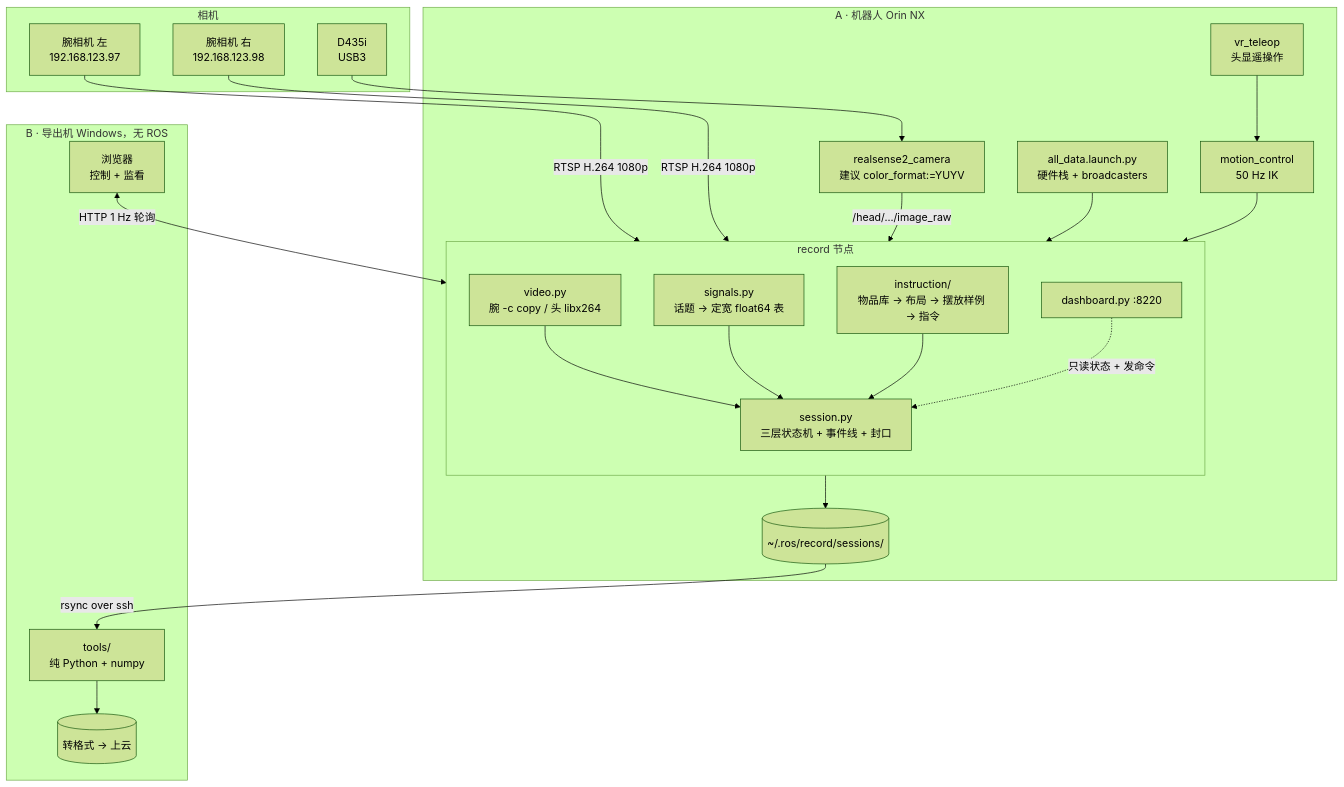
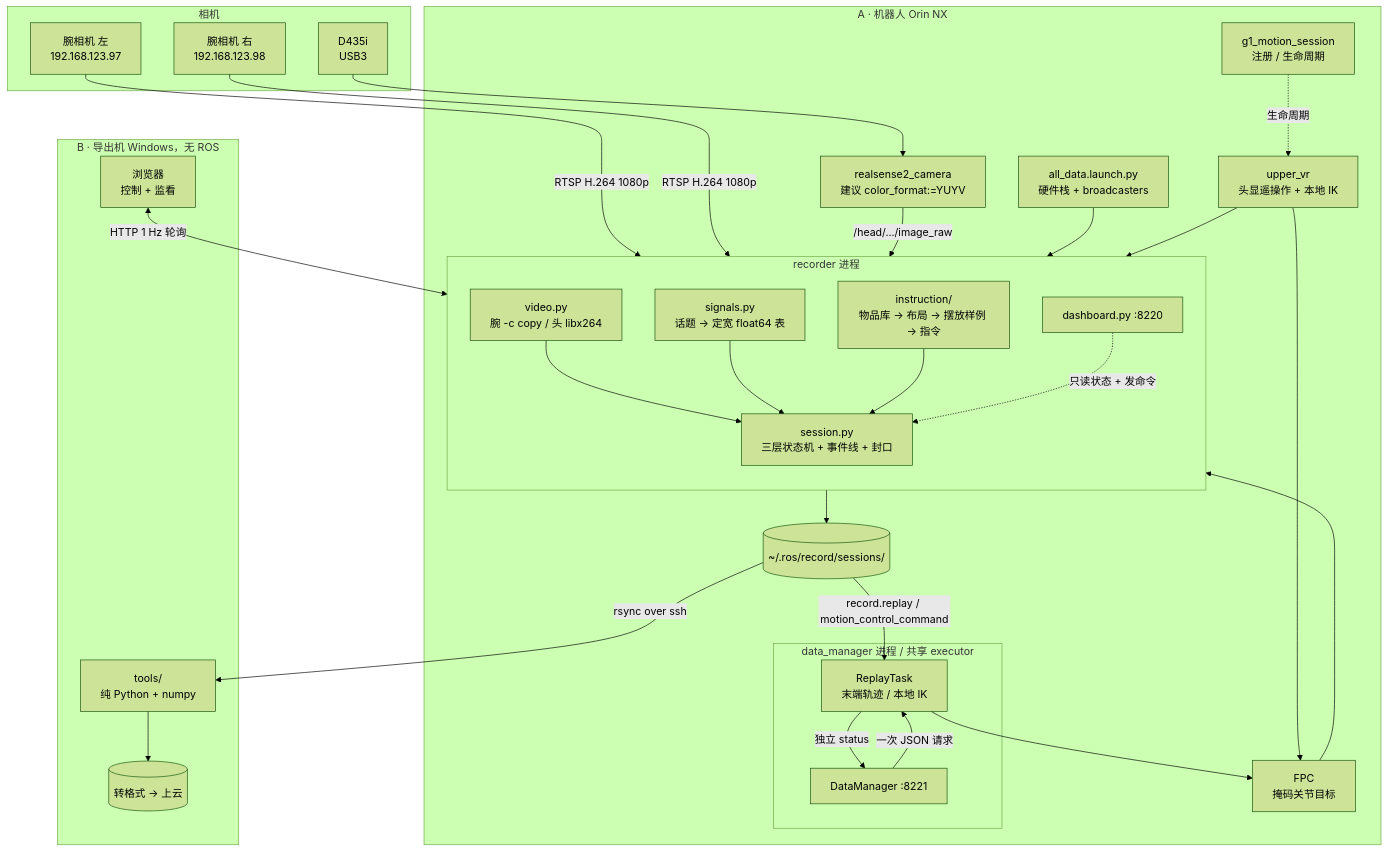
Before and after one commit to yizhongzhang1989/Unitree_G1_Workspace: the diagram in src/record/README.md, drawn with Mermaid (forest theme). The commit also changed other lines of this file and 378 other files, not shown here.

````diff
--- a/src/record/README.md
+++ b/src/record/README.md
@@ -10,40 +9,49 @@
 ```mermaid
 flowchart TB
   subgraph CAM["相机"]
     WL["腕相机 左<br/>192.168.123.97"]
     WR["腕相机 右<br/>192.168.123.98"]
     HD["D435i<br/>USB3"]
   end
 
   subgraph A["A · 机器人 Orin NX"]
     RS["realsense2_camera<br/>建议 color_format:=YUYV"]
-    MC["motion_control<br/>50 Hz IK"]
-    VR["vr_teleop<br/>头显遥操作"]
+    SESSION["g1_motion_session<br/>注册 / 生命周期"]
+    VR["upper_vr<br/>头显遥操作 + 本地 IK"]
+    FPC["FPC<br/>掩码关节目标"]
     HW["all_data.launch.py<br/>硬件栈 + broadcasters"]
 
-    subgraph REC["record 节点"]
+    subgraph REC["recorder 进程"]
       direction TB
       VID["video.py<br/>腕 -c copy / 头 libx264"]
       SIG["signals.py<br/>话题 → 定宽 float64 表"]
       SES["session.py<br/>三层状态机 + 事件线 + 封口"]
       INS["instruction/<br/>物品库 → 布局 → 摆放样例 → 指令"]
       DASH["dashboard.py :8220"]
+    end
+    subgraph DATA_PROCESS["data_manager 进程 / 共享 executor"]
+      DATA["DataManager :8221"]
+      REPLAY["ReplayTask<br/>末端轨迹 / 本地 IK"]
     end
     DISK[("~/.ros/record/sessions/")]
   end
 
   subgraph B["B · 导出机 Windows，无 ROS"]
     BROW["浏览器<br/>控制 + 监看"]
     TOOLS["tools/<br/>纯 Python + numpy"]
     CLOUD[("转格式 → 上云")]
   end
 
   WL & WR -->|"RTSP H.264 1080p"| VID
   HD --> RS -->|"/head/.../image_raw"| VID
-  HW & MC --> SIG
-  VR --> MC
+  HW & VR & FPC --> SIG
+  SESSION -.->|"生命周期"| VR
+  DATA -->|"一次 JSON 请求"| REPLAY
+  REPLAY -->|"独立 status"| DATA
+  DISK -->|"record.replay / motion_control_command"| REPLAY
+  VR & REPLAY --> FPC
   VID & SIG & INS --> SES --> DISK
   DASH -.->|"只读状态 + 发命令"| SES
   BROW <-->|"HTTP 1 Hz 轮询"| DASH
   DISK -->|"rsync over ssh"| TOOLS --> CLOUD
 ```
````
